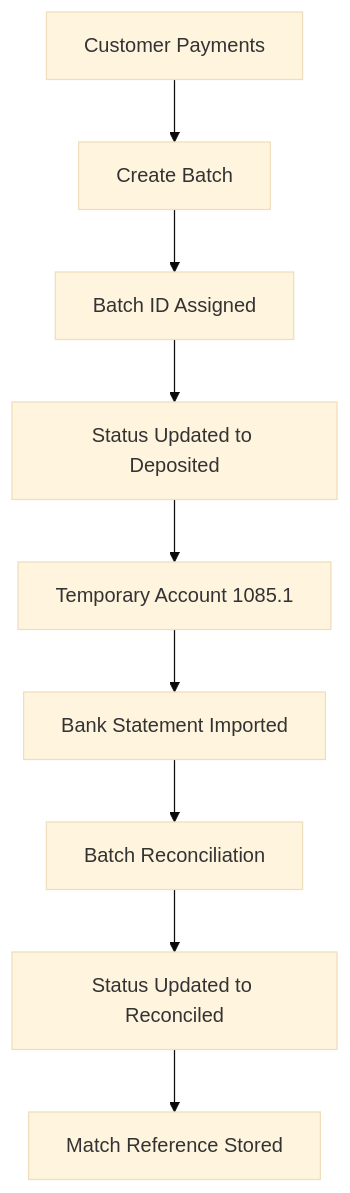
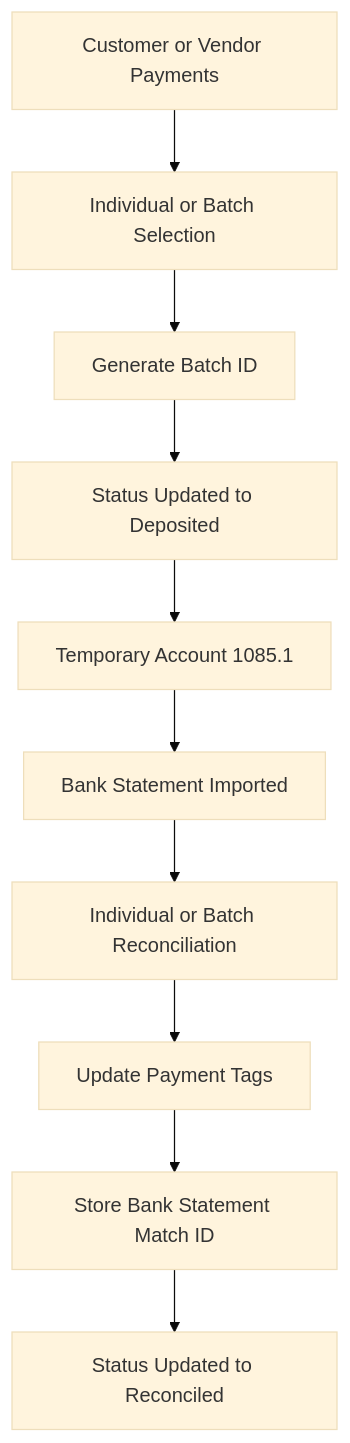
Before and after one commit to singhabhishek00/odoo-batch-payment-reconciliation: the diagram in README.md, drawn with Mermaid (base theme). The commit also changed other lines of this file, not shown here.

````diff
--- a/README.md
+++ b/README.md
@@ -58,11 +79,21 @@
 ```mermaid
 flowchart TD
-    A[Customer Payments] --> B[Create Batch]
-    B --> C[Batch ID Assigned]
+    A[Customer or Vendor Payments]
+    --> B[Individual or Batch Selection]
+
+    B --> C[Generate Batch ID]
+
     C --> D[Status Updated to Deposited]
+
     D --> E[Temporary Account 1085.1]
+
     E --> F[Bank Statement Imported]
-    F --> G[Batch Reconciliation]
-    G --> H[Status Updated to Reconciled]
-    H --> I[Match Reference Stored]
+
+    F --> G[Individual or Batch Reconciliation]
+
+    G --> H[Update Payment Tags]
+
+    H --> I[Store Bank Statement Match ID]
+
+    I --> J[Status Updated to Reconciled]
 ```
````
